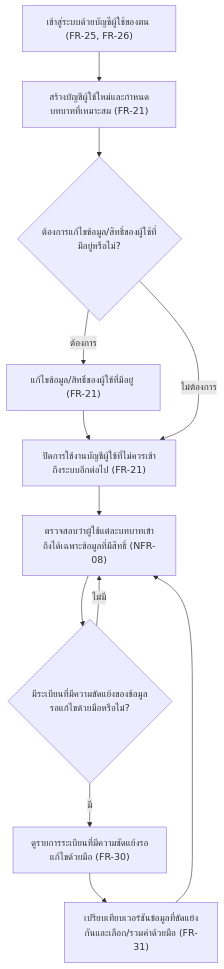
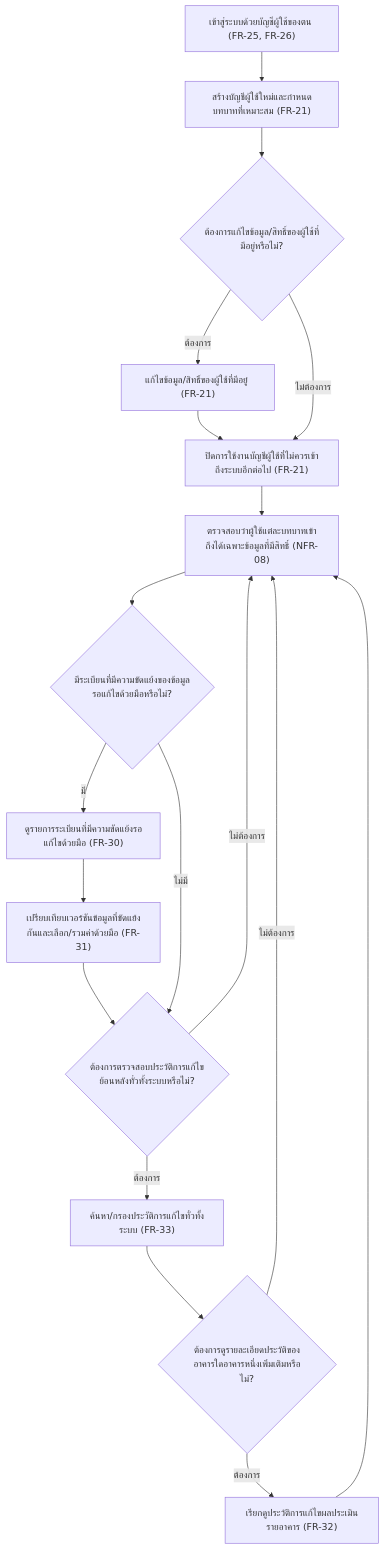
Before and after one commit to sirikorn-cmru/CrackAI-Field: the third of 4 diagrams in docs/02-design/user-journey.md, drawn with Mermaid. The commit also changed other lines of this file and 4 other files, not shown here.

````diff
--- a/docs/02-design/user-journey.md
+++ b/docs/02-design/user-journey.md
@@ -121,19 +127,27 @@
 ```mermaid
 flowchart TD
     A["เข้าสู่ระบบด้วยบัญชีผู้ใช้ของตน (FR-25, FR-26)"]
     B["สร้างบัญชีผู้ใช้ใหม่และกำหนดบทบาทที่เหมาะสม (FR-21)"]
     C{"ต้องการแก้ไขข้อมูล/สิทธิ์ของผู้ใช้ที่มีอยู่หรือไม่?"}
     D["แก้ไขข้อมูล/สิทธิ์ของผู้ใช้ที่มีอยู่ (FR-21)"]
     E["ปิดการใช้งานบัญชีผู้ใช้ที่ไม่ควรเข้าถึงระบบอีกต่อไป (FR-21)"]
     F["ตรวจสอบว่าผู้ใช้แต่ละบทบาทเข้าถึงได้เฉพาะข้อมูลที่มีสิทธิ์ (NFR-08)"]
     G{"มีระเบียนที่มีความขัดแย้งของข้อมูลรอแก้ไขด้วยมือหรือไม่?"}
     H["ดูรายการระเบียนที่มีความขัดแย้งรอแก้ไขด้วยมือ (FR-30)"]
     I["เปรียบเทียบเวอร์ชันข้อมูลที่ขัดแย้งกันและเลือก/รวมค่าด้วยมือ (FR-31)"]
+    J{"ต้องการตรวจสอบประวัติการแก้ไขย้อนหลังทั่วทั้งระบบหรือไม่?"}
+    K["ค้นหา/กรองประวัติการแก้ไขทั่วทั้งระบบ (FR-33)"]
+    L{"ต้องการดูรายละเอียดประวัติของอาคารใดอาคารหนึ่งเพิ่มเติมหรือไม่?"}
+    M["เรียกดูประวัติการแก้ไขผลประเมินรายอาคาร (FR-32)"]
 
     A --> B --> C
     C -->|ต้องการ| D --> E
     C -->|ไม่ต้องการ| E
     E --> F --> G
-    G -->|มี| H --> I --> F
-    G -->|ไม่มี| F
+    G -->|มี| H --> I --> J
+    G -->|ไม่มี| J
+    J -->|ต้องการ| K --> L
+    J -->|ไม่ต้องการ| F
+    L -->|ต้องการ| M --> F
+    L -->|ไม่ต้องการ| F
 ```
````
